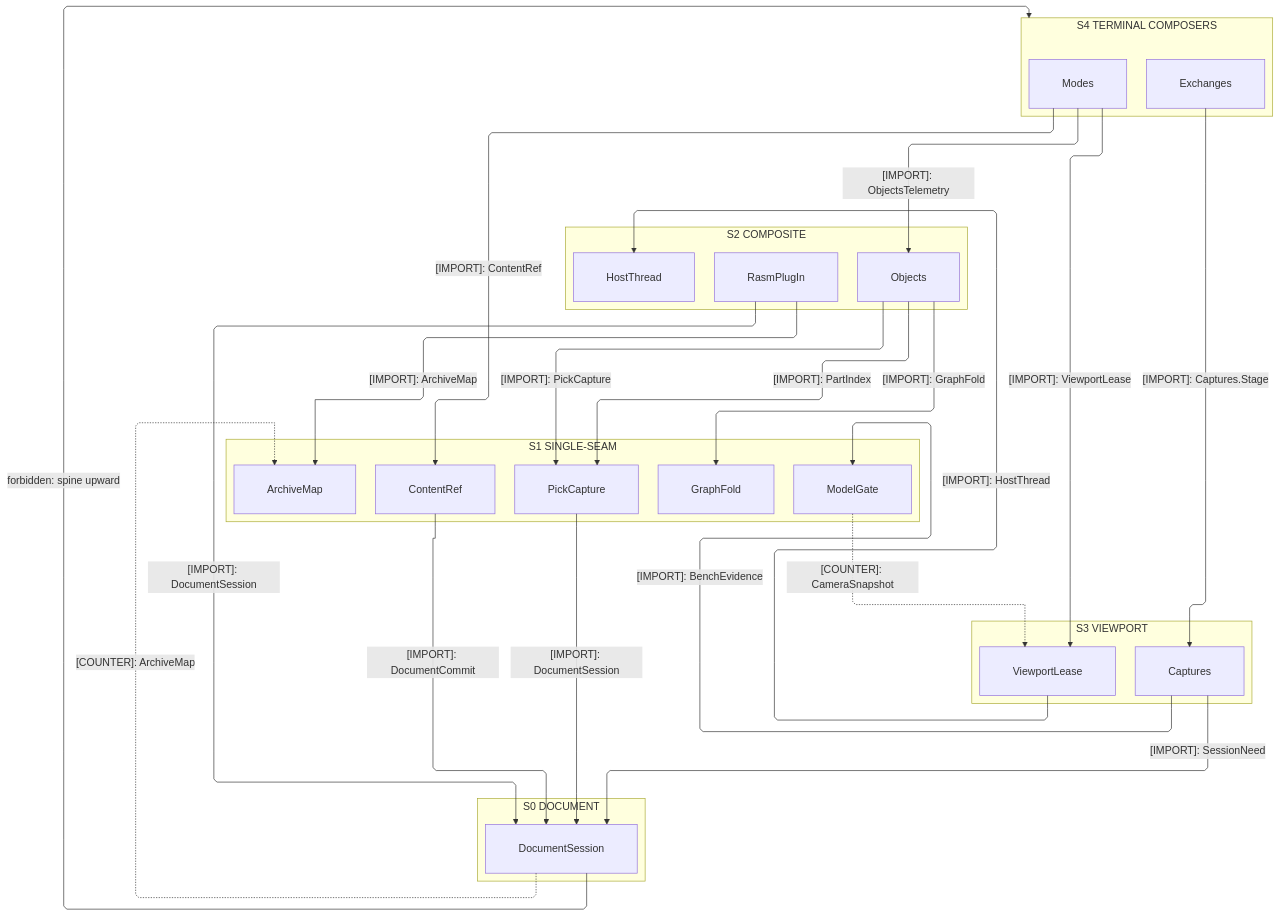
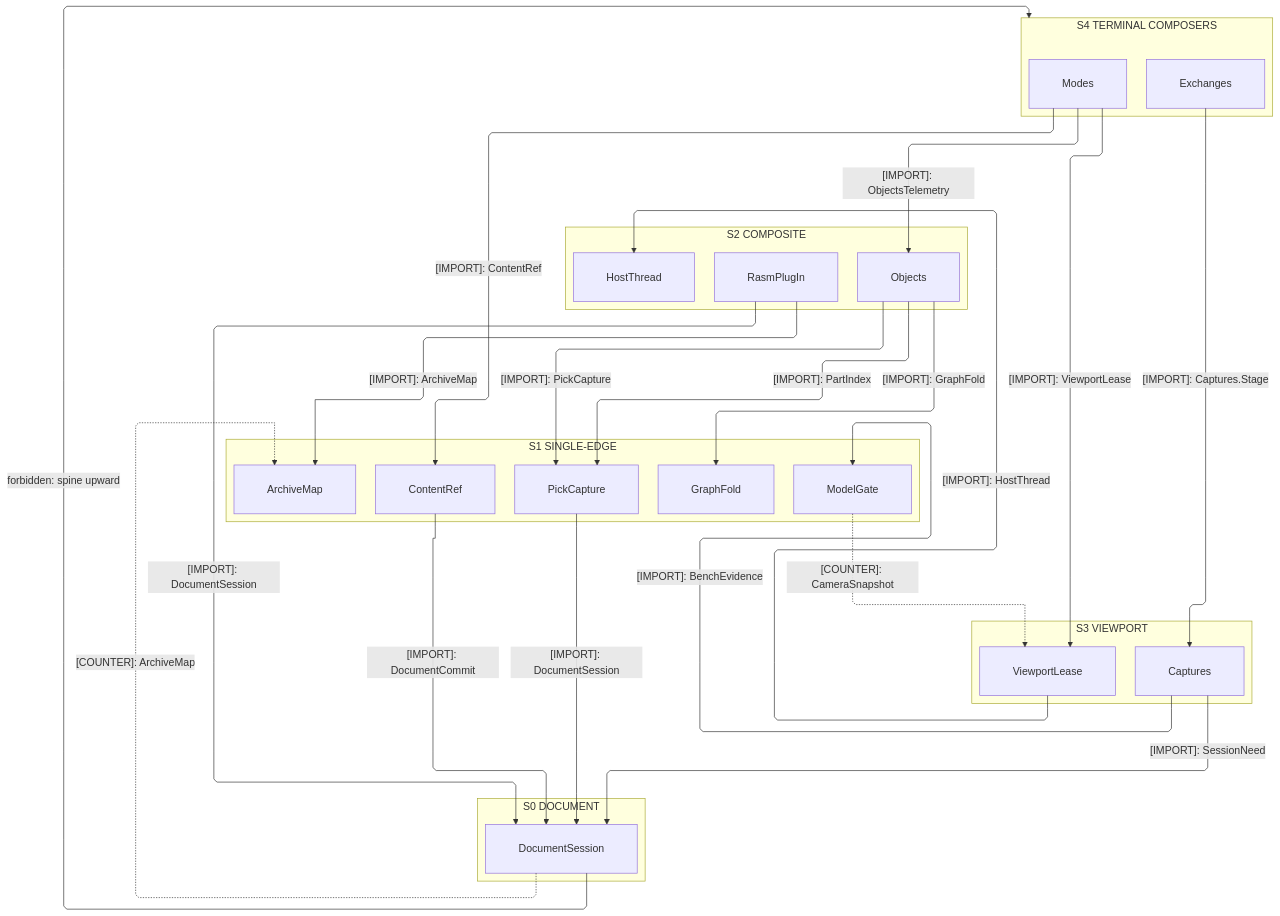
The first of 3 diagrams in libs/dotnet/Rasm.Rhino/ARCHITECTURE.md (bsamiee/Rasm), drawn with Mermaid before and after one commit. The commit also changed other lines of this file and 1997 other files, not shown here.

````diff
--- a/libs/dotnet/Rasm.Rhino/ARCHITECTURE.md
+++ b/libs/dotnet/Rasm.Rhino/ARCHITECTURE.md
@@ -117,52 +117,52 @@
 ```mermaid
 ---
 config:
   layout: elk
   flowchart:
     curve: linear
     padding: 25
 ---
 flowchart TB
     accTitle: Rasm.Rhino interior strata
     accDescr: Interior strata down to the document spine; dashed counter-edges carry ArchiveMap options and the camera frame values upward.
     subgraph S4["S4 TERMINAL COMPOSERS"]
         Modes[Modes]
         Exchanges[Exchanges]
     end
     subgraph S3["S3 VIEWPORT"]
         Lease[ViewportLease]
         Capture[Captures]
     end
     subgraph S2["S2 COMPOSITE"]
         Objects[Objects]
         HostThread[HostThread]
         Plugin[RasmPlugIn]
     end
-    subgraph S1["S1 SINGLE-SEAM"]
+    subgraph S1["S1 SINGLE-EDGE"]
         Picks[PickCapture]
         Blocks[GraphFold]
         Archive[ArchiveMap]
         Model[ModelGate]
         Registry[ContentRef]
     end
     subgraph S0["S0 DOCUMENT"]
         Session[DocumentSession]
     end
     Modes e1@-->|"[IMPORT]: ViewportLease"| Lease
     Modes e2@-->|"[IMPORT]: ContentRef"| Registry
     Exchanges e3@-->|"[IMPORT]: Captures.Stage"| Capture
     Registry e4@-->|"[IMPORT]: DocumentCommit"| Session
     Lease e5@-->|"[IMPORT]: HostThread"| HostThread
     Capture e6@-->|"[IMPORT]: SessionNeed"| Session
     Capture e7@-->|"[IMPORT]: BenchEvidence"| Model
     Objects e8@-->|"[IMPORT]: PickCapture"| Picks
     Objects e9@-->|"[IMPORT]: PartIndex"| Picks
     Objects e10@-->|"[IMPORT]: GraphFold"| Blocks
     Plugin e11@-->|"[IMPORT]: DocumentSession"| Session
     Plugin e12@-->|"[IMPORT]: ArchiveMap"| Archive
     Picks e13@-->|"[IMPORT]: DocumentSession"| Session
     Modes e14@-->|"[IMPORT]: ObjectsTelemetry"| Objects
     Session e15@-.->|"[COUNTER]: ArchiveMap"| Archive
     Model e16@-.->|"[COUNTER]: CameraSnapshot"| Lease
     Session f1@-->|"forbidden: spine upward"| S4
 ```
````
